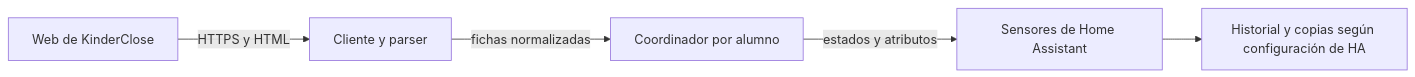
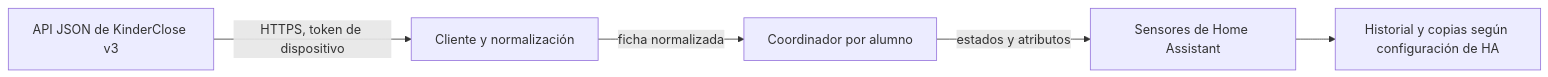
The diagram in docs/architecture.md (mikirodro/kinderclose-hassio), drawn with Mermaid before and after one commit. The commit also changed other lines of this file and 27 other files, not shown here.

First line of the commit message:
feat!: usar la API JSON de la app de KinderClose (1.0.0) (#28)

````diff
--- a/docs/architecture.md
+++ b/docs/architecture.md
@@ -7,7 +7,7 @@
 ```mermaid
 flowchart LR
-    KC[Web de KinderClose] -->|HTTPS y HTML| Client[Cliente y parser]
-    Client -->|fichas normalizadas| Coordinator[Coordinador por alumno]
+    KC[API JSON de KinderClose v3] -->|HTTPS, token de dispositivo| Client[Cliente y normalización]
+    Client -->|ficha normalizada| Coordinator[Coordinador por alumno]
     Coordinator -->|estados y atributos| Sensors[Sensores de Home Assistant]
     Sensors --> Recorder[Historial y copias según configuración de HA]
 ```
````
